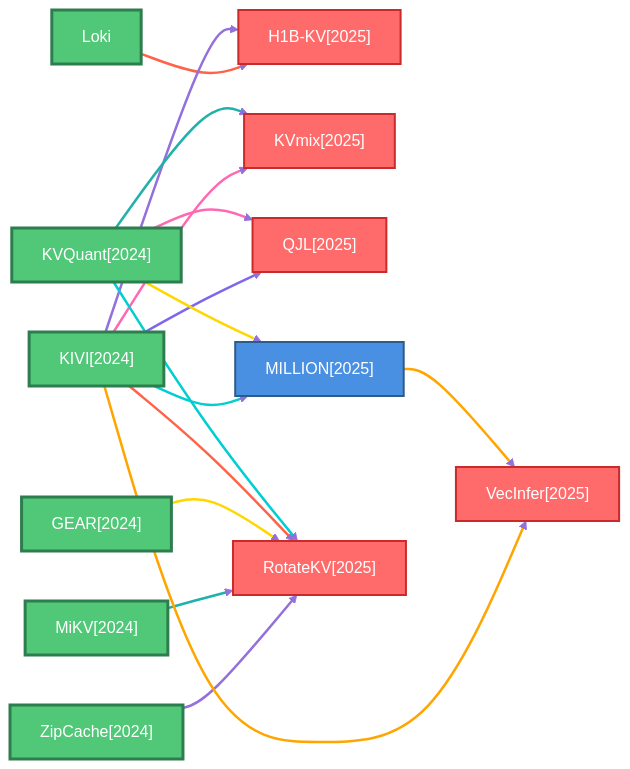
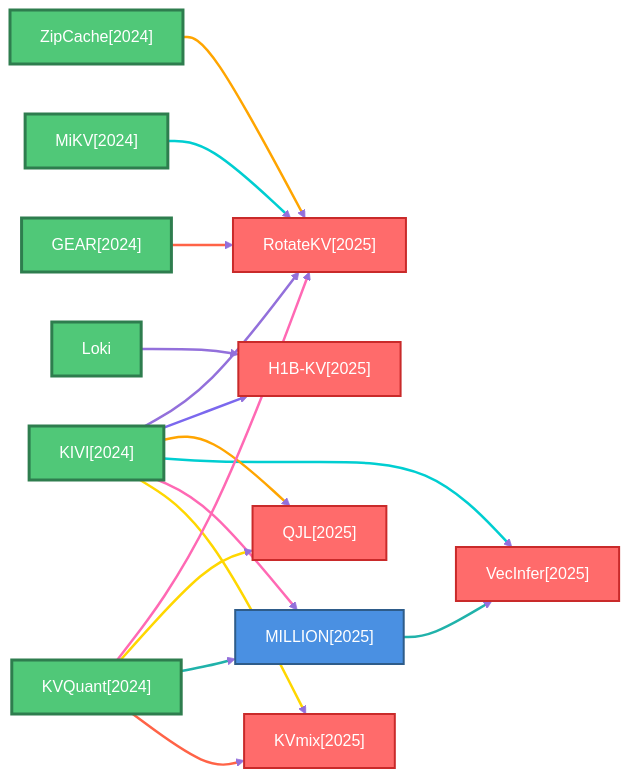
Before and after one commit to hustzxd/EfficientPaper: the fifth of 6 diagrams in docs/baseline_methods_graph.md, drawn with Mermaid (forest theme). The commit also changed other lines of this file and 1 other file, not shown here.

````diff
--- a/docs/baseline_methods_graph.md
+++ b/docs/baseline_methods_graph.md
@@ -239,63 +239,63 @@
 ```mermaid
 flowchart LR
     classDef defaultNode fill:#4A90E2,stroke:#2E5C8A,stroke-width:2px,color:#fff
     classDef rootNode fill:#50C878,stroke:#2E7D4E,stroke-width:3px,color:#fff
     classDef leafNode fill:#FF6B6B,stroke:#C92A2A,stroke-width:2px,color:#fff
     linkStyle default stroke:#9370DB,stroke-width:2px
 
-    2025_H1B_KV["H1B-KV[2025]"]
-    class 2025_H1B_KV leafNode
-    2024_ZipCache["ZipCache[2024]"]
-    class 2024_ZipCache rootNode
+    2025_RotateKV["RotateKV[2025]"]
+    class 2025_RotateKV leafNode
     Loki["Loki"]
     class Loki rootNode
-    2024_MiKV["MiKV[2024]"]
-    class 2024_MiKV rootNode
-    2025_KVmix["KVmix[2025]"]
-    class 2025_KVmix leafNode
     2024_GEAR["GEAR[2024]"]
     class 2024_GEAR rootNode
-    2025_QJL["QJL[2025]"]
-    class 2025_QJL leafNode
+    2025_VecInfer["VecInfer[2025]"]
+    class 2025_VecInfer leafNode
+    2025_MILLION["MILLION[2025]"]
+    class 2025_MILLION defaultNode
     2024_KIVI["KIVI[2024]"]
     class 2024_KIVI rootNode
     2024_KVQuant["KVQuant[2024]"]
     class 2024_KVQuant rootNode
-    2025_MILLION["MILLION[2025]"]
-    class 2025_MILLION defaultNode
-    2025_VecInfer["VecInfer[2025]"]
-    class 2025_VecInfer leafNode
-    2025_RotateKV["RotateKV[2025]"]
-    class 2025_RotateKV leafNode
+    2025_H1B_KV["H1B-KV[2025]"]
+    class 2025_H1B_KV leafNode
+    2025_KVmix["KVmix[2025]"]
+    class 2025_KVmix leafNode
+    2025_QJL["QJL[2025]"]
+    class 2025_QJL leafNode
+    2024_MiKV["MiKV[2024]"]
+    class 2024_MiKV rootNode
+    2024_ZipCache["ZipCache[2024]"]
+    class 2024_ZipCache rootNode
 
+    Loki ==>|" "| 2025_H1B_KV
+    linkStyle 0 stroke:#9370DB,stroke-width:2.5px
+    2024_GEAR ==>|" "| 2025_RotateKV
+    linkStyle 1 stroke:#FF6347,stroke-width:2.5px
+    2025_MILLION ==>|" "| 2025_VecInfer
+    linkStyle 2 stroke:#20B2AA,stroke-width:2.5px
+    2024_KIVI ==>|" "| 2025_KVmix
+    linkStyle 3 stroke:#FFD700,stroke-width:2.5px
+    2024_KIVI ==>|" "| 2025_MILLION
+    linkStyle 4 stroke:#FF69B4,stroke-width:2.5px
+    2024_KIVI ==>|" "| 2025_VecInfer
+    linkStyle 5 stroke:#00CED1,stroke-width:2.5px
+    2024_KIVI ==>|" "| 2025_QJL
+    linkStyle 6 stroke:#FFA500,stroke-width:2.5px
+    2024_KIVI ==>|" "| 2025_H1B_KV
+    linkStyle 7 stroke:#7B68EE,stroke-width:2.5px
+    2024_KIVI ==>|" "| 2025_RotateKV
+    linkStyle 8 stroke:#9370DB,stroke-width:2.5px
+    2024_KVQuant ==>|" "| 2025_KVmix
+    linkStyle 9 stroke:#FF6347,stroke-width:2.5px
+    2024_KVQuant ==>|" "| 2025_MILLION
+    linkStyle 10 stroke:#20B2AA,stroke-width:2.5px
+    2024_KVQuant ==>|" "| 2025_QJL
+    linkStyle 11 stroke:#FFD700,stroke-width:2.5px
+    2024_KVQuant ==>|" "| 2025_RotateKV
+    linkStyle 12 stroke:#FF69B4,stroke-width:2.5px
+    2024_MiKV ==>|" "| 2025_RotateKV
+    linkStyle 13 stroke:#00CED1,stroke-width:2.5px
     2024_ZipCache ==>|" "| 2025_RotateKV
-    linkStyle 0 stroke:#9370DB,stroke-width:2.5px
-    Loki ==>|" "| 2025_H1B_KV
-    linkStyle 1 stroke:#FF6347,stroke-width:2.5px
-    2024_MiKV ==>|" "| 2025_RotateKV
-    linkStyle 2 stroke:#20B2AA,stroke-width:2.5px
-    2024_GEAR ==>|" "| 2025_RotateKV
-    linkStyle 3 stroke:#FFD700,stroke-width:2.5px
-    2024_KIVI ==>|" "| 2025_KVmix
-    linkStyle 4 stroke:#FF69B4,stroke-width:2.5px
-    2024_KIVI ==>|" "| 2025_MILLION
-    linkStyle 5 stroke:#00CED1,stroke-width:2.5px
-    2024_KIVI ==>|" "| 2025_VecInfer
-    linkStyle 6 stroke:#FFA500,stroke-width:2.5px
-    2024_KIVI ==>|" "| 2025_QJL
-    linkStyle 7 stroke:#7B68EE,stroke-width:2.5px
-    2024_KIVI ==>|" "| 2025_H1B_KV
-    linkStyle 8 stroke:#9370DB,stroke-width:2.5px
-    2024_KIVI ==>|" "| 2025_RotateKV
-    linkStyle 9 stroke:#FF6347,stroke-width:2.5px
-    2024_KVQuant ==>|" "| 2025_KVmix
-    linkStyle 10 stroke:#20B2AA,stroke-width:2.5px
-    2024_KVQuant ==>|" "| 2025_MILLION
-    linkStyle 11 stroke:#FFD700,stroke-width:2.5px
-    2024_KVQuant ==>|" "| 2025_QJL
-    linkStyle 12 stroke:#FF69B4,stroke-width:2.5px
-    2024_KVQuant ==>|" "| 2025_RotateKV
-    linkStyle 13 stroke:#00CED1,stroke-width:2.5px
-    2025_MILLION ==>|" "| 2025_VecInfer
     linkStyle 14 stroke:#FFA500,stroke-width:2.5px
 ```
````
